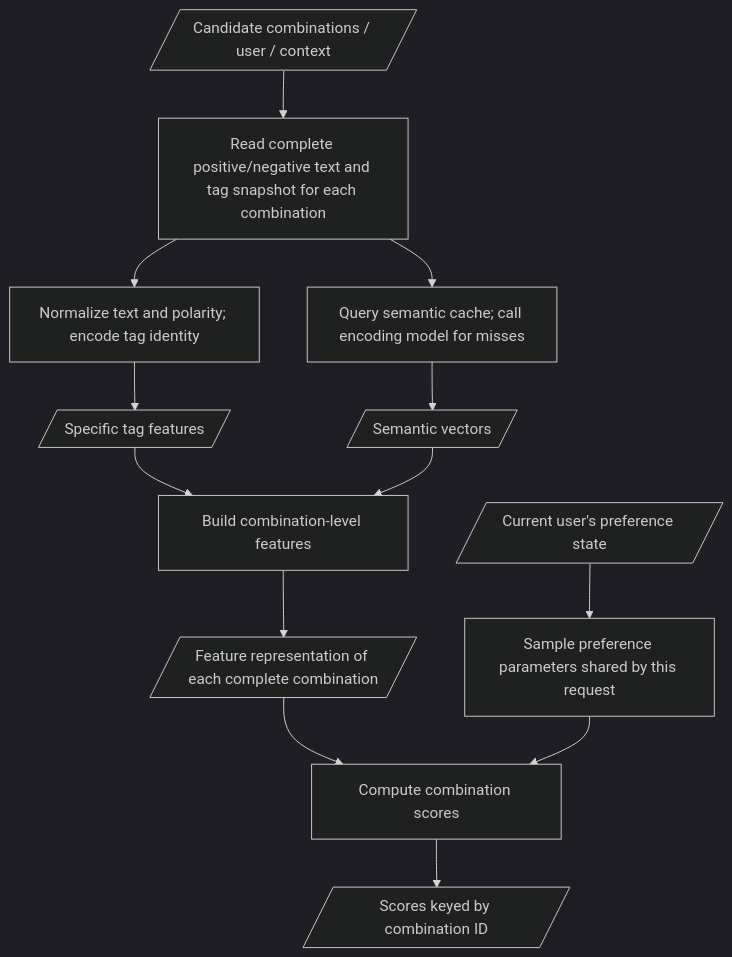
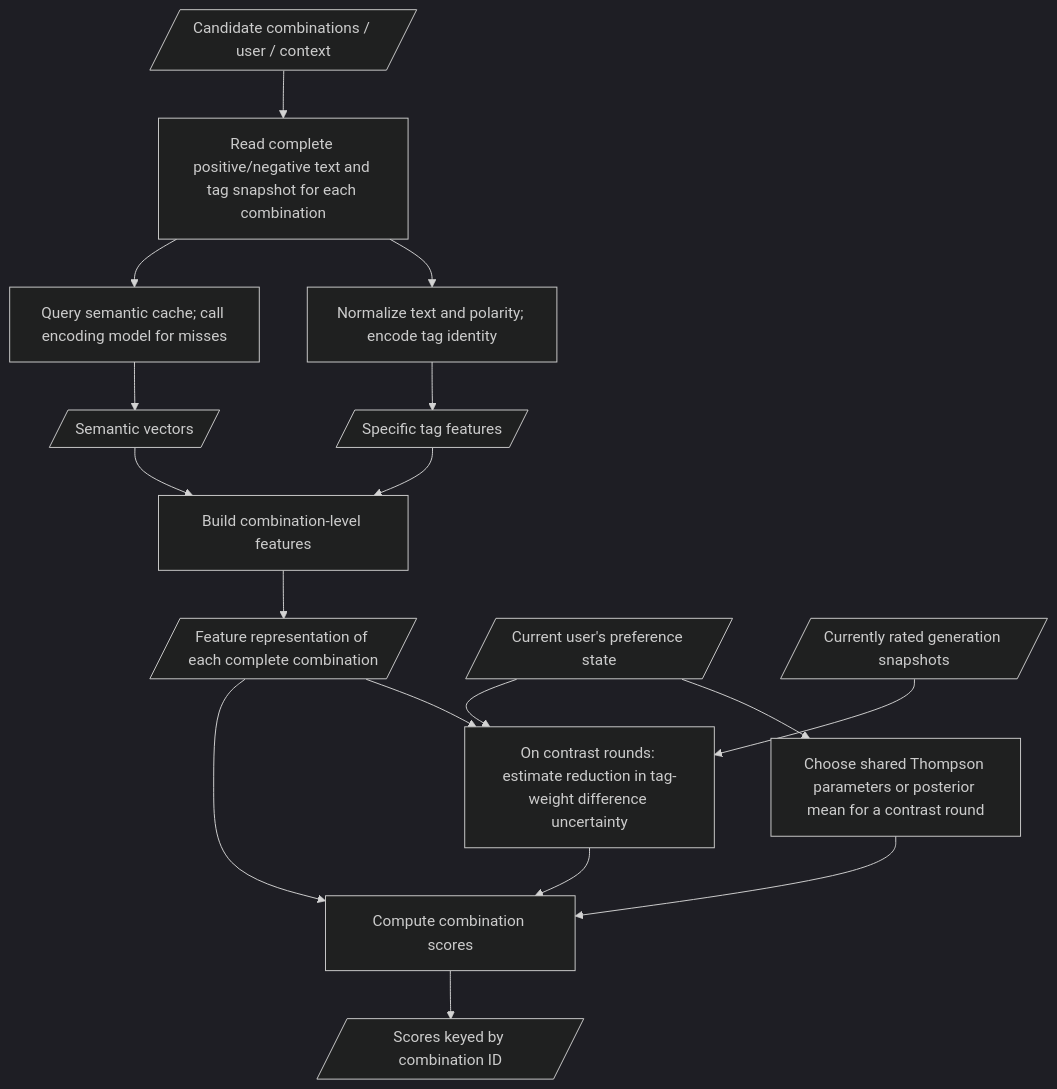
Before and after one commit to Lykr/pictide: the second of 2 diagrams in docs/dev/architecture/recommendation.md, drawn with Mermaid (dark theme). The commit also changed other lines of this file and 9 other files, not shown here.

First line of the commit message:
feat(recommendation): add bounded tag contrast exploration

````diff
--- a/docs/dev/architecture/recommendation.md
+++ b/docs/dev/architecture/recommendation.md
@@ -43,15 +43,19 @@
 ```mermaid
 flowchart TD
     Request[/"Candidate combinations / user / context"/] --> Prepare["Read complete positive/negative text and tag snapshot for each combination"]
     Prepare --> Identity["Normalize text and polarity; encode tag identity"]
     Identity --> Sparse[/"Specific tag features"/]
     Prepare --> Semantic["Query semantic cache; call encoding model for misses"]
     Semantic --> Vector[/"Semantic vectors"/]
     Sparse --> Combine["Build combination-level features"]
     Vector --> Combine
     Combine --> FeatureVector[/"Feature representation of each complete combination"/]
-    UserState[/"Current user's preference state"/] --> Sample["Sample preference parameters shared by this request"]
+    UserState[/"Current user's preference state"/] --> Sample["Choose shared Thompson parameters or posterior mean for a contrast round"]
+    UserState --> Contrast["On contrast rounds: estimate reduction in tag-weight difference uncertainty"]
+    Evidence[/"Currently rated generation snapshots"/] --> Contrast
+    FeatureVector --> Contrast
     FeatureVector --> Score["Compute combination scores"]
     Sample --> Score
+    Contrast --> Score
     Score --> Response[/"Scores keyed by combination ID"/]
 ```
````
